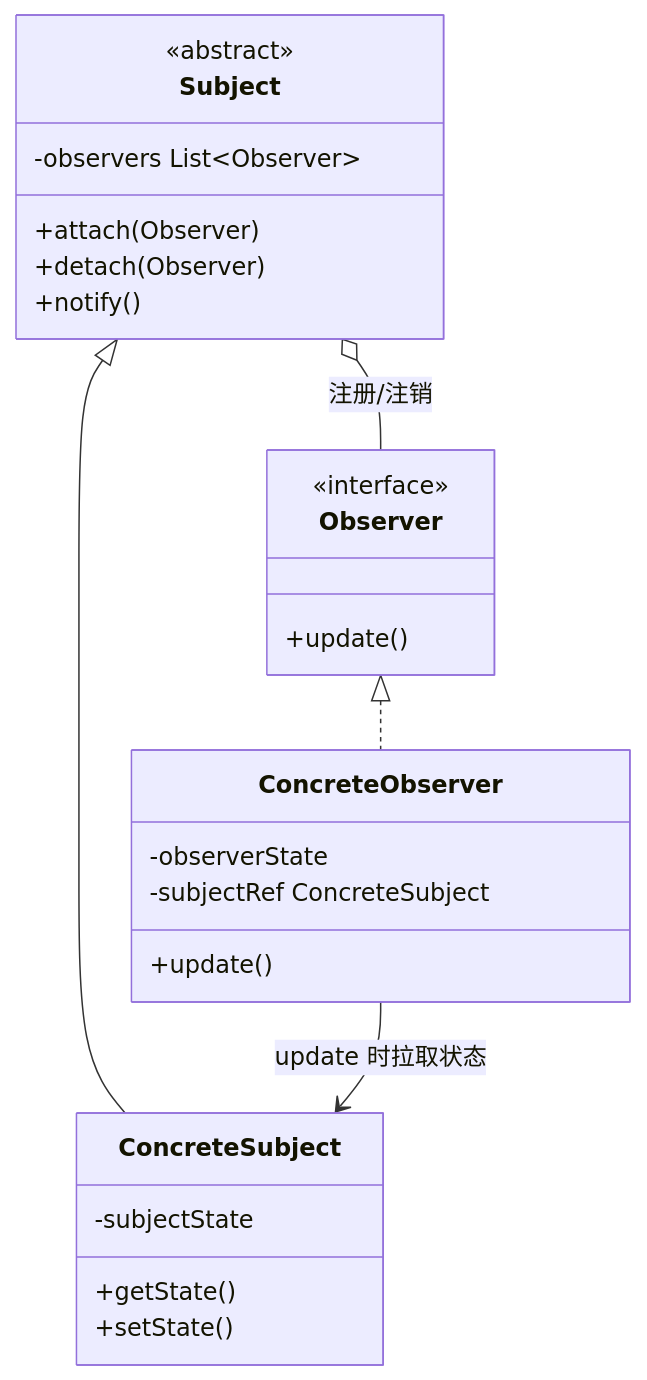
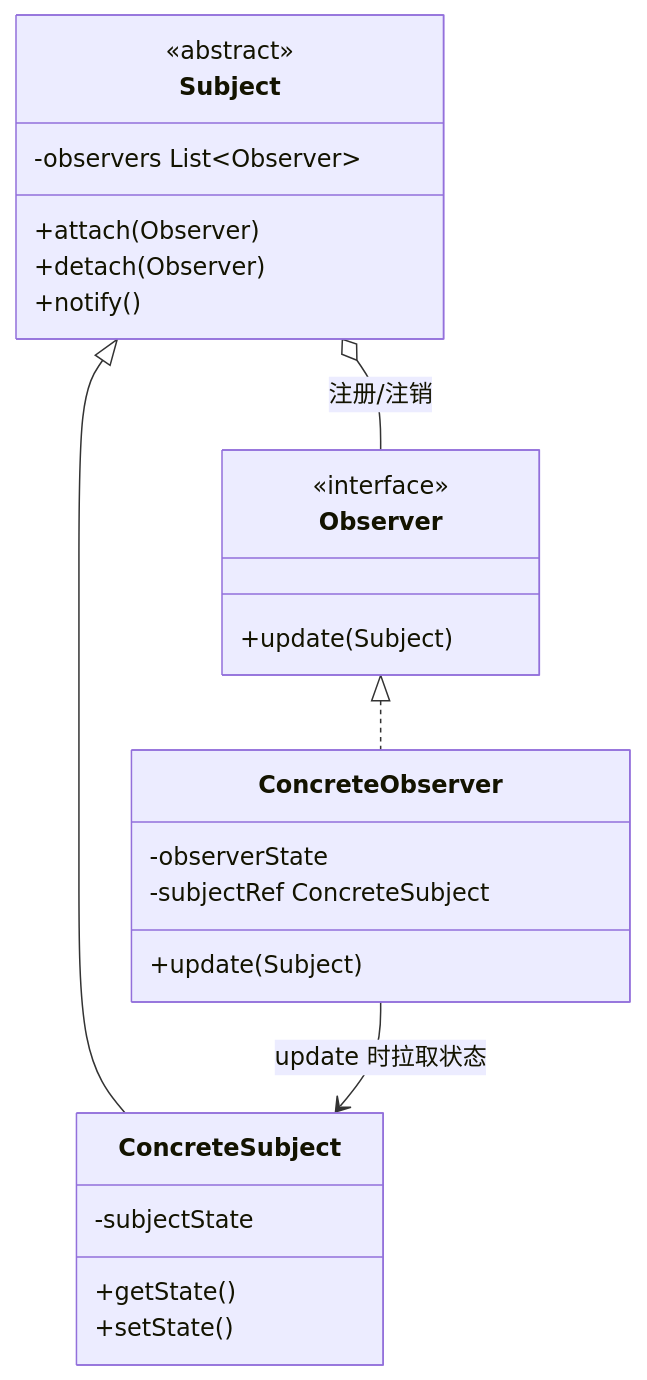
One commit to coswit/coswit.github.io changed the seventh of 11 diagrams in 设计模式/GoF/03-Behavioral-Patterns.md. Above: the diagram before and after it, drawn with Mermaid. The commit also changed other lines of this file and 11 other files, not shown here.

````diff
--- a/设计模式/GoF/03-Behavioral-Patterns.md
+++ b/设计模式/GoF/03-Behavioral-Patterns.md
@@ -903,28 +1143,28 @@
 ```mermaid
 classDiagram
     class Subject {
         <<abstract>>
         -observers List~Observer~
         +attach(Observer)
         +detach(Observer)
         +notify()
     }
     class Observer {
         <<interface>>
-        +update()
+        +update(Subject)
     }
     class ConcreteSubject {
         -subjectState
         +getState()
         +setState()
     }
     class ConcreteObserver {
         -observerState
         -subjectRef ConcreteSubject
-        +update()
+        +update(Subject)
     }
     Subject <|-- ConcreteSubject
     Observer <|.. ConcreteObserver
     Subject o-- Observer : 注册/注销
     ConcreteObserver --> ConcreteSubject : update 时拉取状态
 ```
````
